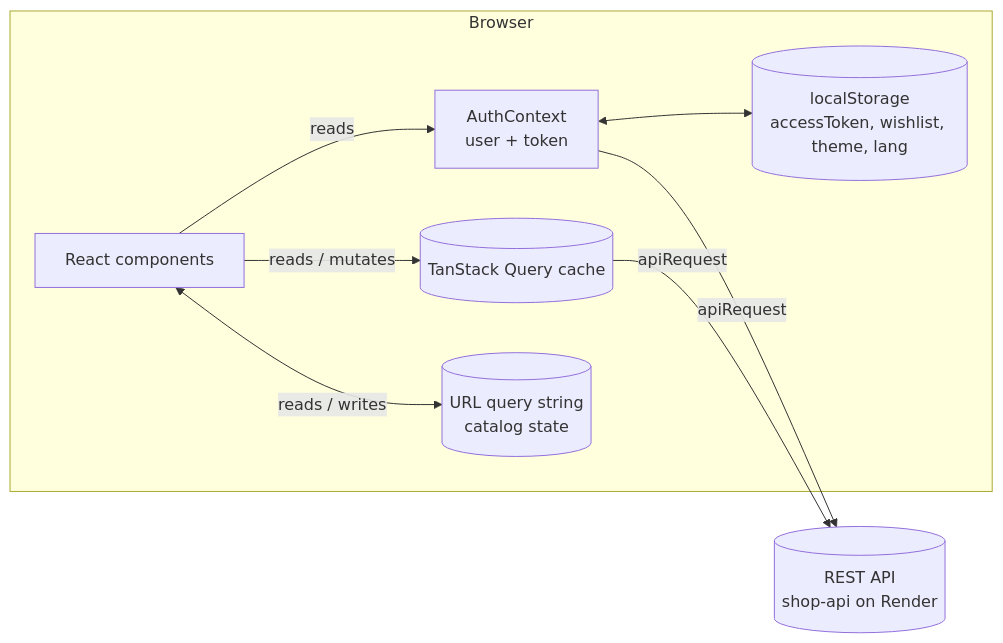
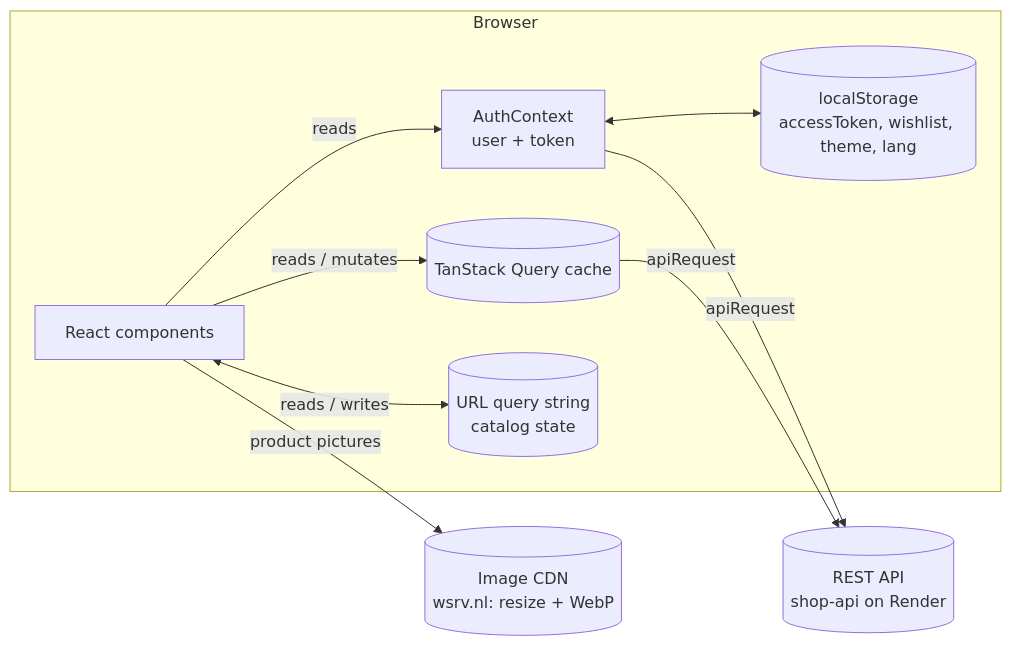
One commit to skillwilldev/team-cyber-storefront changed the first of 7 diagrams in ARCHITECTURE.md. Above: the diagram before and after it, drawn with Mermaid. The commit also changed other lines of this file and 8 other files, not shown here.

Commit message:
docs: update README, ARCHITECTURE, docs and journal to match final code

````diff
--- a/ARCHITECTURE.md
+++ b/ARCHITECTURE.md
@@ -45,18 +45,20 @@
 ```mermaid
 flowchart LR
   subgraph Browser
     UI[React components]
     RQ[(TanStack Query cache)]
     AUTH[AuthContext<br/>user + token]
     URL[(URL query string<br/>catalog state)]
     LS[(localStorage<br/>accessToken, wishlist, theme, lang)]
   end
   API[(REST API<br/>shop-api on Render)]
+  CDN[(Image CDN<br/>wsrv.nl: resize + WebP)]
 
   UI -->|reads / mutates| RQ
   UI -->|reads| AUTH
   UI <-->|reads / writes| URL
   AUTH <--> LS
   RQ -->|apiRequest| API
   AUTH -->|apiRequest| API
+  UI -->|product pictures| CDN
 ```
````
